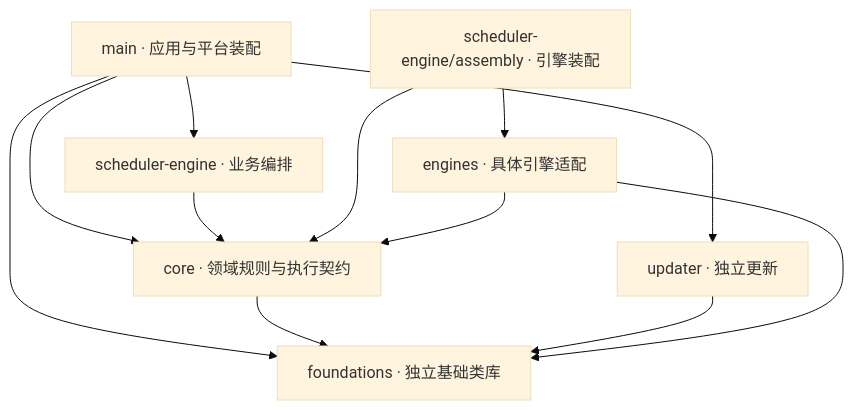
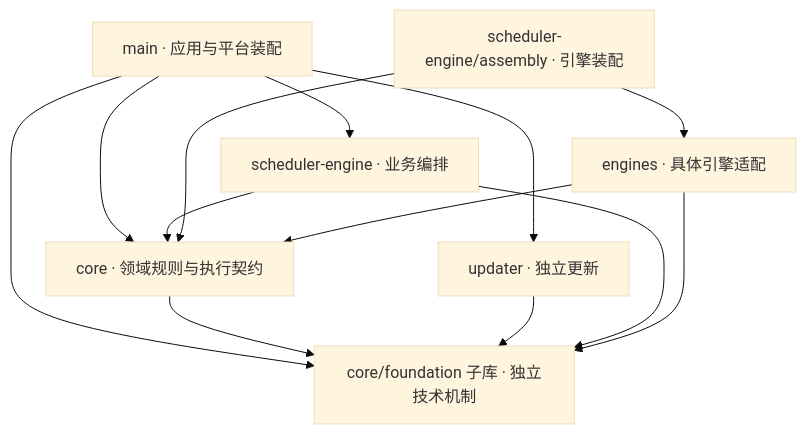
Before and after one commit to nan023062/cbim: the diagram in src/backend/CONTRACT.md, drawn with Mermaid (base theme). The commit also changed other lines of this file and 173 other files, not shown here.

Commit message:
refactor(backend): consolidate shared libraries under core foundation

````diff
--- a/src/backend/CONTRACT.md
+++ b/src/backend/CONTRACT.md
@@ -5,14 +5,15 @@
 ```mermaid
 flowchart TB
   Main[main · 应用与平台装配] --> Scheduler[scheduler-engine · 业务编排]
   Main --> Core[core · 领域规则与执行契约]
   Main --> Updater[updater · 独立更新]
-  Main --> Foundations[foundations · 独立基础类库]
+  Main --> Foundations[core/foundation 子库 · 独立技术机制]
   Core --> Foundations
   Updater --> Foundations
   Scheduler --> Core
+  Scheduler --> Foundations
   Assembly[scheduler-engine/assembly · 引擎装配] --> Engines[engines · 具体引擎适配]
   Assembly --> Core
   Engines --> Core
   Engines --> Foundations
 ```
````
